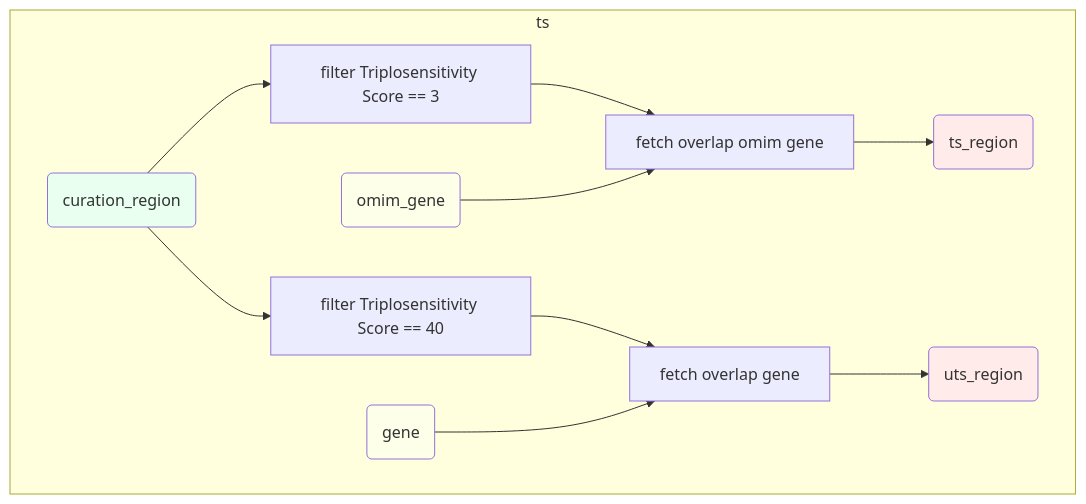
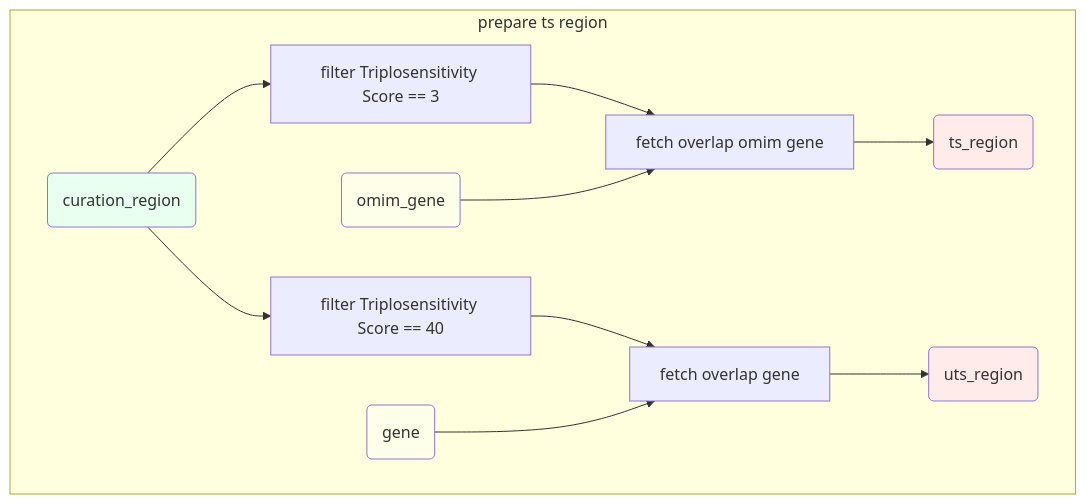
One commit to zhonghua-wang/autocnv changed the fifth of 7 diagrams in database-prepare/database-create-flowchart.md. Above: the diagram before and after it, drawn with Mermaid. The commit also changed other lines of this file, not shown here.

Commit message:
修正流程图循环问题

````diff
--- a/database-prepare/database-create-flowchart.md
+++ b/database-prepare/database-create-flowchart.md
@@ -204,42 +204,42 @@
 ```mermaid
 graph TD
 	
 	classDef input fill:#e9ffef
 	
 	classDef output fill:#ffebe9
 	
 	classDef variable fill:#feffe9
 	
-	subgraph ts
+	subgraph prepare ts region
 		curation("curation_region")
 		class curation input
 		
 		filter_ts["filter Triplosensitivity Score == 3"]
 		curation --> filter_ts
 		
 		omim_gene("omim_gene")
 		class omim_gene variable
 		
 		fetch_omim_gene["fetch overlap omim gene"]
 		filter_ts --> fetch_omim_gene
 		omim_gene --> fetch_omim_gene
 		
 		ts_region("ts_region")
 		class ts_region output
 		fetch_omim_gene --> ts_region
 		
 		filter_uts["filter Triplosensitivity Score == 40"]
 		curation --> filter_uts
 		
 		gene("gene")
 		class gene variable
 		
 		fetch_gene["fetch overlap gene"]
 		filter_uts --> fetch_gene
 		gene --> fetch_gene
 		
 		uts_region("uts_region")
 		class uts_region output
 		fetch_gene --> uts_region
 	end
 ```
````
